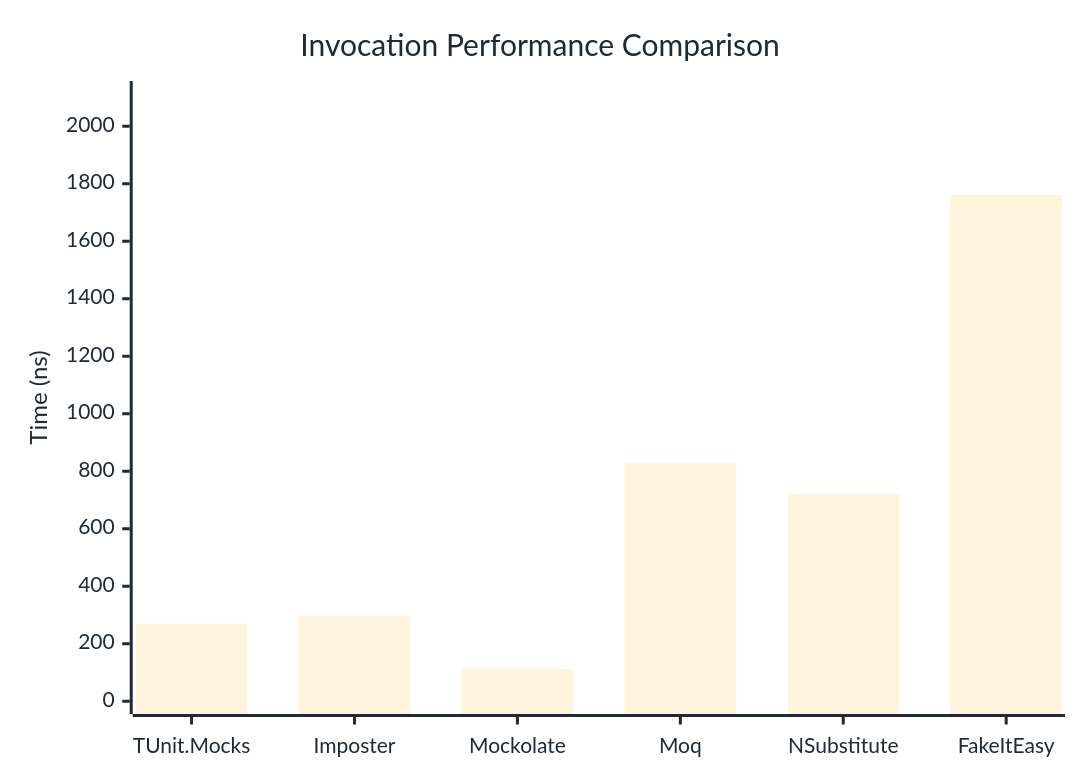
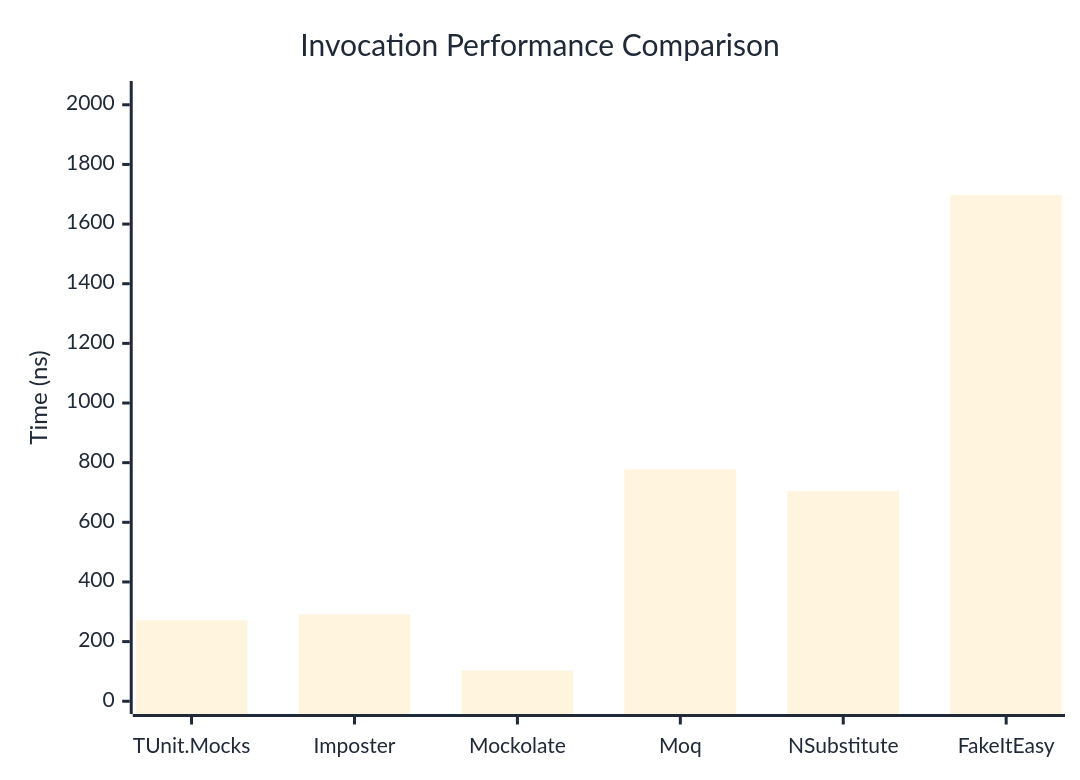
The first of 3 diagrams in docs/docs/benchmarks/mocks/Invocation.md (thomhurst/TUnit), drawn with Mermaid before and after one commit. The commit also changed other lines of this file and 14 other files, not shown here.

````diff
--- a/docs/docs/benchmarks/mocks/Invocation.md
+++ b/docs/docs/benchmarks/mocks/Invocation.md
@@ -30,27 +30,27 @@
 ```mermaid
 %%{init: {
   'theme':'base',
   'themeVariables': {
     'primaryColor': '#2563eb',
     'primaryTextColor': '#1f2937',
     'primaryBorderColor': '#1e40af',
     'lineColor': '#6b7280',
     'secondaryColor': '#7c3aed',
     'tertiaryColor': '#dc2626',
     'background': '#ffffff',
     'pie1': '#2563eb',
     'pie2': '#7c3aed',
     'pie3': '#dc2626',
     'pie4': '#f59e0b',
     'pie5': '#10b981',
     'pie6': '#06b6d4',
     'pie7': '#ec4899',
     'pie8': '#6366f1'
   }
 }}%%
 xychart-beta
   title "Invocation Performance Comparison"
   x-axis ["TUnit.Mocks", "Imposter", "Mockolate", "Moq", "NSubstitute", "FakeItEasy"]
-  y-axis "Time (ns)" 0 --> 2113
-  bar [269.68, 298.26, 111.08, 828.17, 720.82, 1760.65]
+  y-axis "Time (ns)" 0 --> 2037
+  bar [271.27, 291.24, 103.21, 777.36, 704.88, 1697.43]
 ```
````
